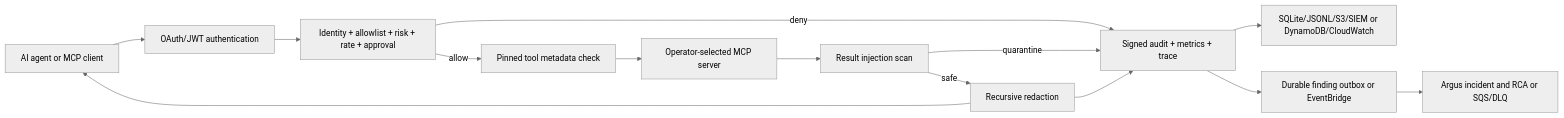
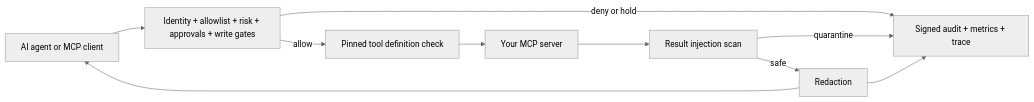
The diagram in README.md (gaurav-gs7/Judikt), drawn with Mermaid (neutral theme) before and after one commit. The commit also changed other lines of this file and 7 other files, not shown here.

````diff
--- a/README.md
+++ b/README.md
@@ -19,16 +36,12 @@
 ```mermaid
 flowchart LR
-    Agent["AI agent or MCP client"] --> Auth["OAuth/JWT authentication"]
-    Auth --> Request["Identity + allowlist + risk + rate + approval"]
-    Request -->|"deny"| Evidence["Signed audit + metrics + trace"]
-    Request -->|"allow"| Integrity["Pinned tool metadata check"]
-    Integrity --> Upstream["Operator-selected MCP server"]
+    Agent["AI agent or MCP client"] --> Request["Identity + allowlist + risk + approvals + write gates"]
+    Request -->|"deny or hold"| Evidence["Signed audit + metrics + trace"]
+    Request -->|"allow"| Integrity["Pinned tool definition check"]
+    Integrity --> Upstream["Your MCP server"]
     Upstream --> Inspect["Result injection scan"]
     Inspect -->|"quarantine"| Evidence
-    Inspect -->|"safe"| Redact["Recursive redaction"]
+    Inspect -->|"safe"| Redact["Redaction"]
     Redact --> Agent
     Redact --> Evidence
-    Evidence --> Sink["SQLite/JSONL/S3/SIEM or DynamoDB/CloudWatch"]
-    Evidence --> Finding["Durable finding outbox or EventBridge"]
-    Finding --> Incident["Argus incident and RCA or SQS/DLQ"]
 ```
````
